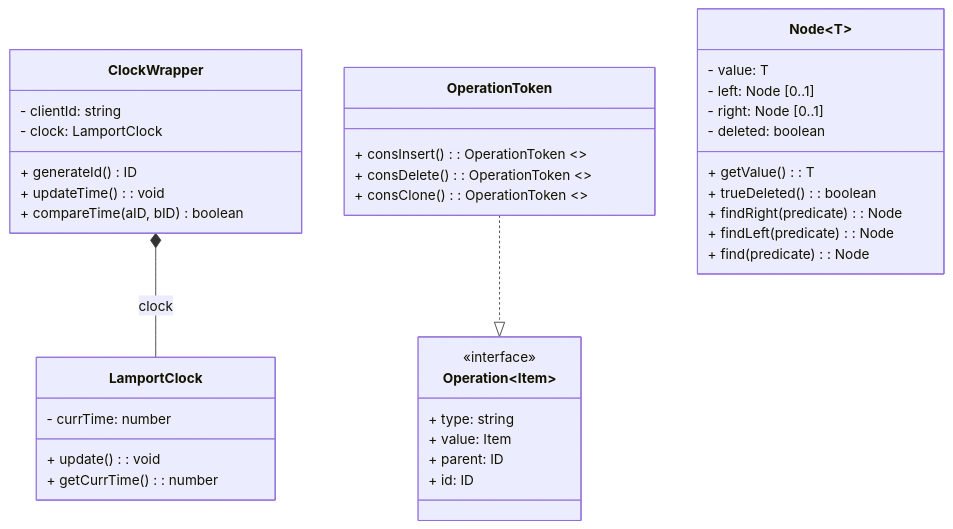
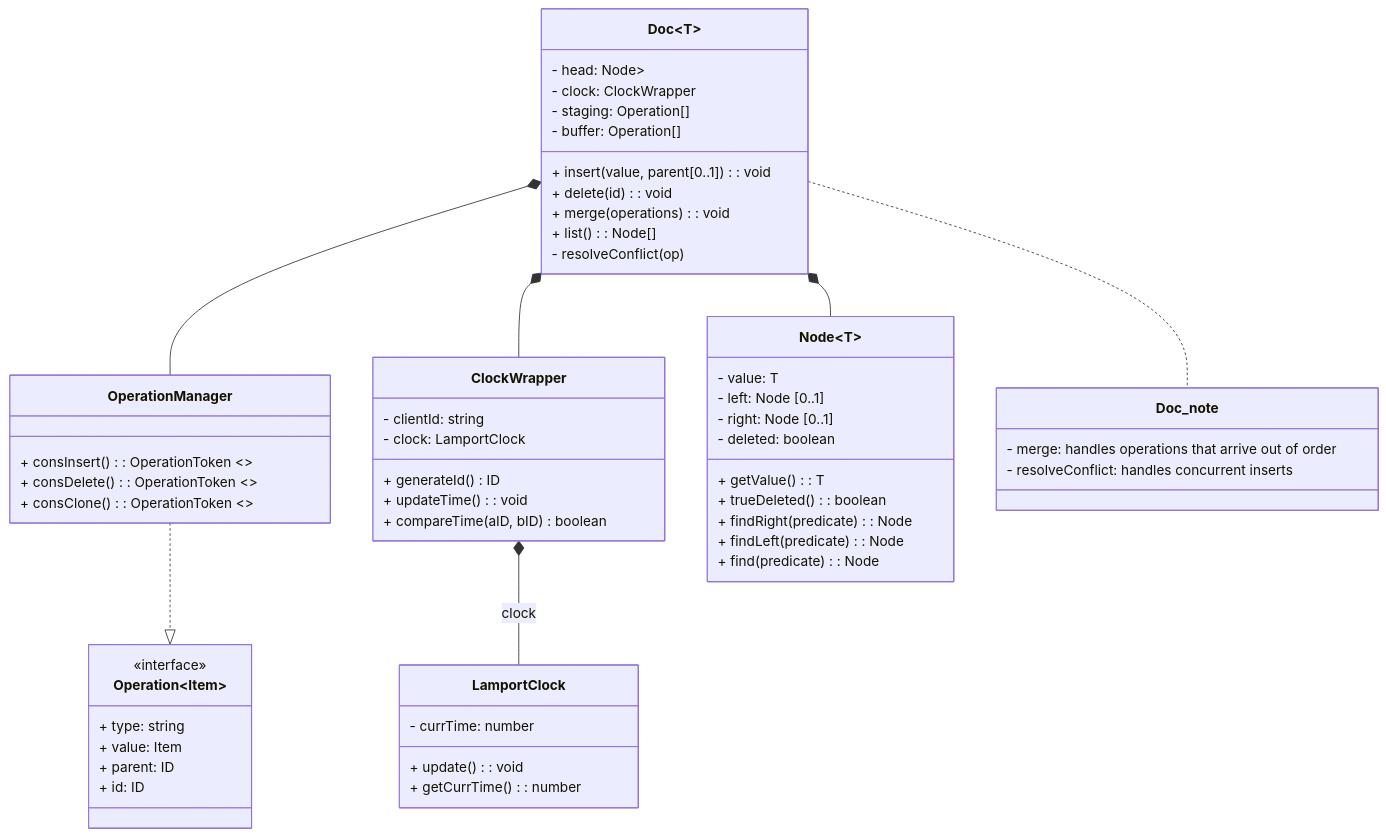
The diagram in UML.md (isaiahchan1405/CRDT-RGA), drawn with Mermaid before and after one commit. The commit also changed 1 other file, not shown here.

Commit message:
UML ver1 complete

````diff
--- a/UML.md
+++ b/UML.md
@@ -1,47 +1,67 @@
 ```mermaid
 classDiagram
     class LamportClock {
         - currTime: number
         + update(): void
         + getCurrTime(): number
     }
 
     class ClockWrapper {
         - clientId: string
         - clock: LamportClock
         + generateId() ID
         + updateTime(): void
-        + compareTime(aID, bID) boolean
+        + compareTime(aID, bID) boolean 
     }
     
     class Operation~Item~ {
         <<interface>>
         + type: string
         + value: Item
         + parent: ID
         + id: ID
     }
 
-    class OperationToken {
+    class OperationManager {
         + consInsert(): OperationToken <<static>>
         + consDelete(): OperationToken <<static>>
         + consClone(): OperationToken <<static>>
     }
 
     class Node~T~ {
         - value: T
         - left: Node<T> [0..1]
         - right: Node<T> [0..1]
         - deleted: boolean
         + getValue(): T
         + trueDeleted(): boolean
         + findRight(predicate): Node<T>
         + findLeft(predicate): Node<T>
         + find(predicate): Node<T>
     }
 
-    
+    class Doc~T~ {
+        - head: Node<Operation<T>>
+        - clock: ClockWrapper
+        - staging: Operation<T>[]
+        - buffer: Operation<T>[]
+        + insert(value, parent[0..1]): void
+        + delete(id): void
+        + merge(operations): void
+        + list(): Node[]
+        - resolveConflict(op)
+    }
+
+    class Doc_note {
+        - merge: handles operations that arrive out of order
+        - resolveConflict: handles concurrent inserts
+    }
 
     ClockWrapper *-- LamportClock : clock
-    OperationToken ..|> Operation
+    OperationManager ..|> Operation
+    Doc~T~ .. Doc_note
+    Doc~T~ *-- Node~T~
+    Doc~T~ *-- OperationManager
+    Doc~T~ *-- ClockWrapper
+
 ```
````
